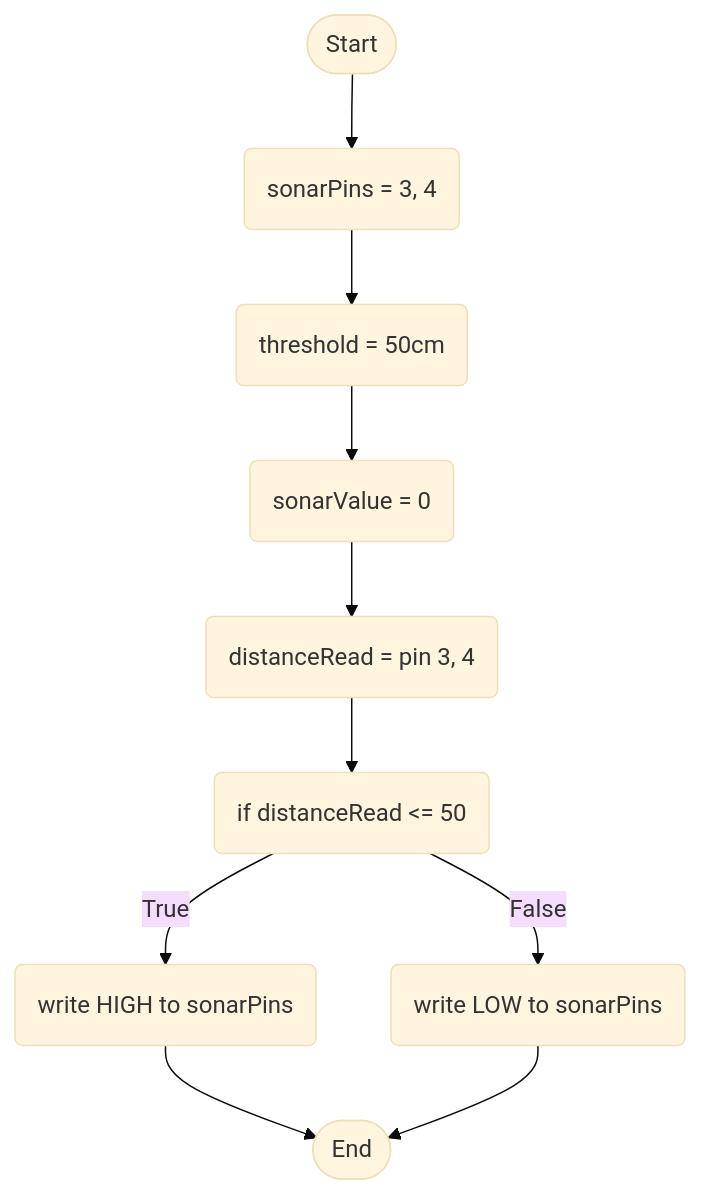
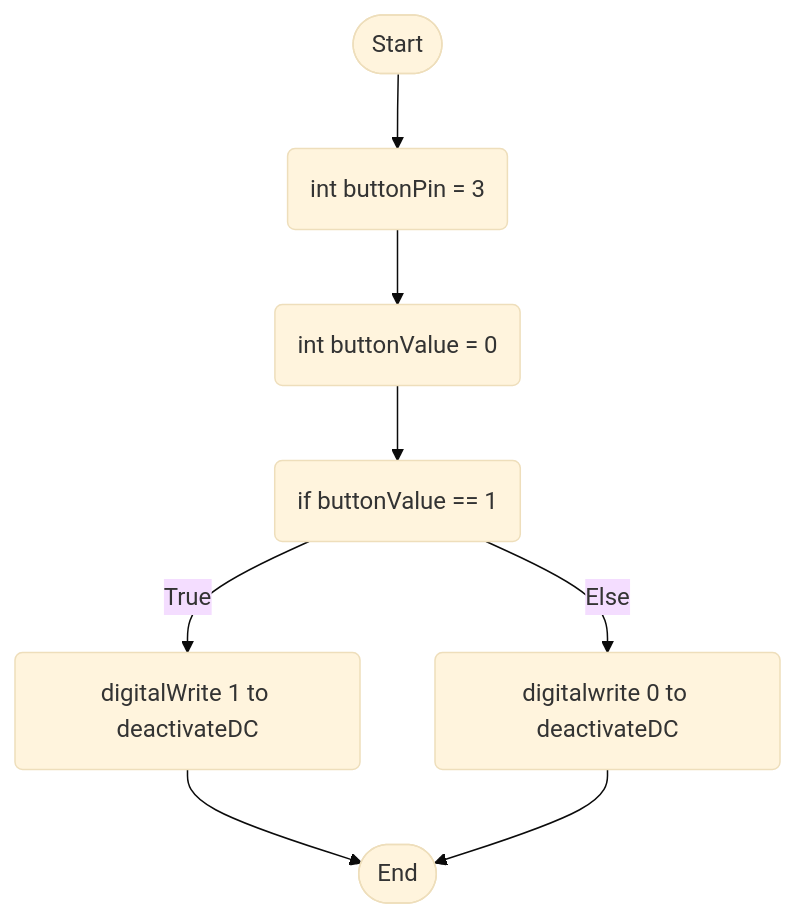
Before and after one commit to 4060269/SmartWorkstationAssessment3: the diagram in Flowcharts/thirdButtonLogic.md, drawn with Mermaid (base theme). The commit also changed other lines of this file, not shown here.

````diff
--- a/Flowcharts/thirdButtonLogic.md
+++ b/Flowcharts/thirdButtonLogic.md
@@ -4,22 +4,18 @@
 ```mermaid
 flowchart TD
 terminalStart([Start])
 terminalEnd([End])
-setSonarPins(sonarPins = 3, 4)
-setThreshold(threshold = 50cm)
-createSonarValue(sonarValue = 0)
-currentValue(distanceRead = pin 3, 4)
-activateSonar0(if distanceRead <= 50)
-activateSonar1(write HIGH to sonarPins)
-activateSonar2(write LOW to sonarPins)
-
-terminalStart --> setSonarPins
-setSonarPins --> setThreshold
-setThreshold --> createSonarValue
-createSonarValue --> currentValue
-currentValue --> activateSonar0
-activateSonar0 --> |True| activateSonar1
-activateSonar0 --> |False| activateSonar2
-activateSonar1 --> terminalEnd
-activateSonar2 --> terminalEnd
+setbuttonPin(int buttonPin = 3)
+setbuttonValue(int buttonValue = 0)
+activateButton0(if buttonValue == 1)
+activateButton1(digitalWrite 1 to deactivateDC)
+activateButton2(digitalwrite 0 to deactivateDC)
+   
+terminalStart --> setbuttonPin
+setbuttonPin --> setbuttonValue
+setbuttonValue --> activateButton0
+activateButton0 --> |True| activateButton1
+activateButton0 --> |Else| activateButton2
+activateButton1 --> terminalEnd
+activateButton2 --> terminalEnd
 ```
````
